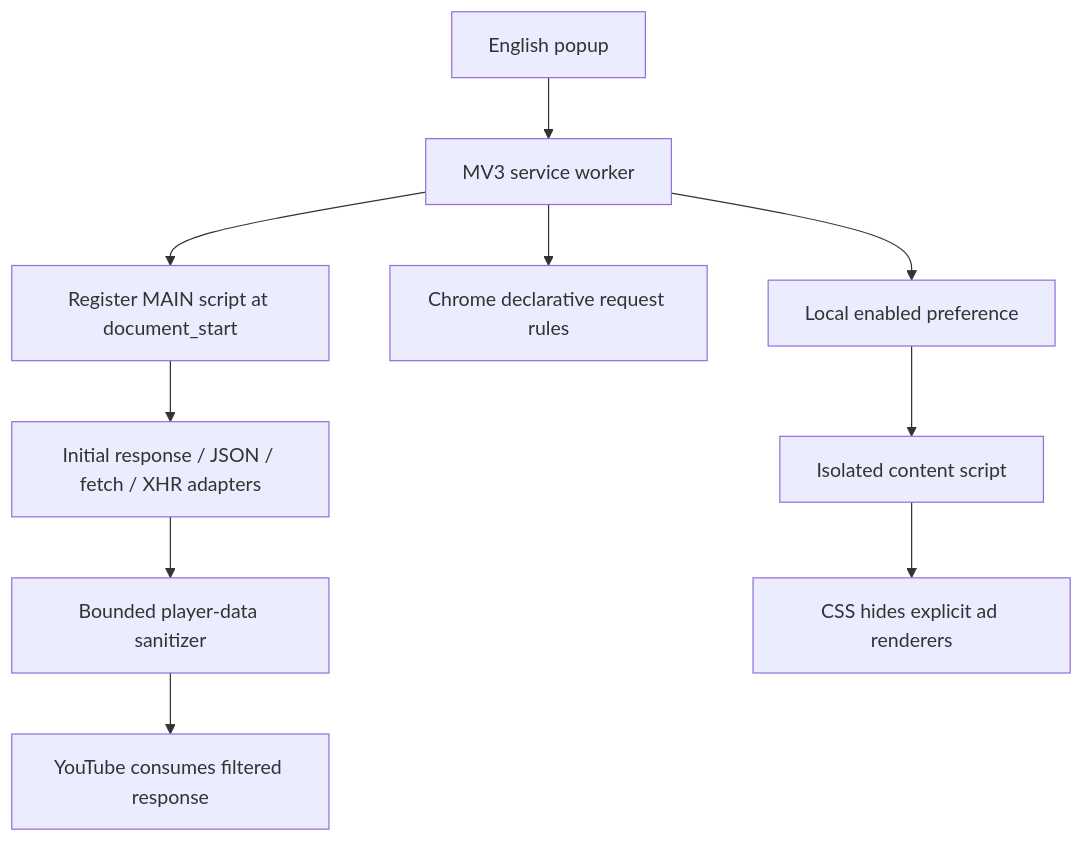
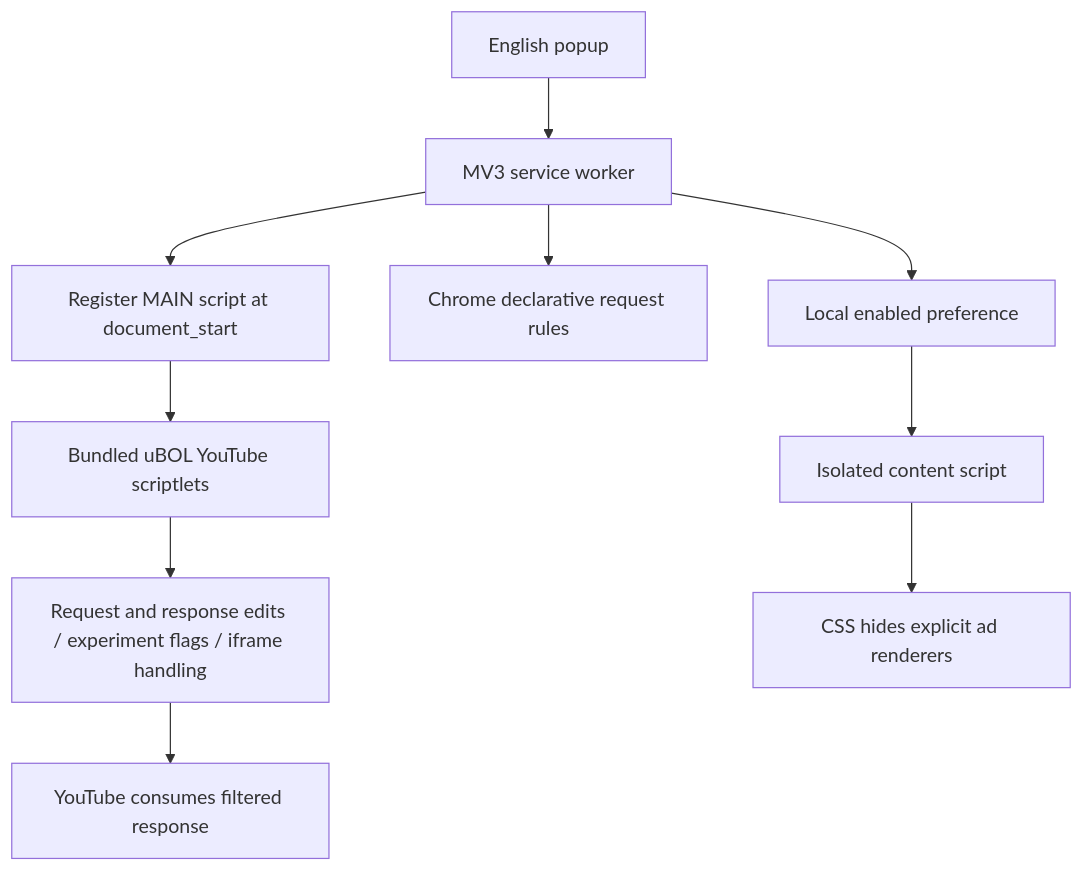
The diagram in README.md (Qin-Li-Peter/tubequiet), drawn with Mermaid before and after one commit. The commit also changed other lines of this file and 18 other files, not shown here.

Commit message:
fix: update YouTube anti-adblock handling with scoped uBOL scriptlets

````diff
--- a/README.md
+++ b/README.md
@@ -35,12 +39,12 @@
 ```mermaid
 flowchart TD
   P[English popup] --> B[MV3 service worker]
   B --> S[Local enabled preference]
   B --> D[Chrome declarative request rules]
   B --> R[Register MAIN script at document_start]
-  R --> H[Initial response / JSON / fetch / XHR adapters]
-  H --> C[Bounded player-data sanitizer]
+  R --> H[Bundled uBOL YouTube scriptlets]
+  H --> C[Request and response edits / experiment flags / iframe handling]
   C --> Y[YouTube consumes filtered response]
   S --> I[Isolated content script]
   I --> CSS[CSS hides explicit ad renderers]
 ```
````
